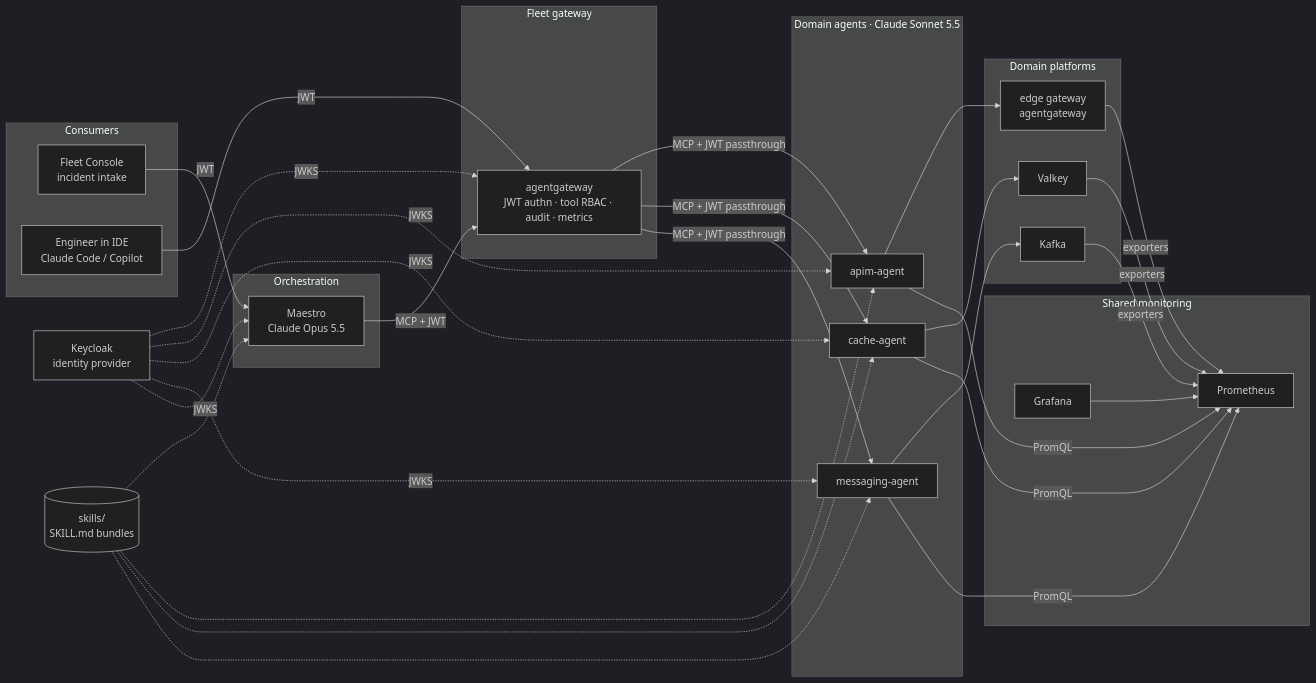
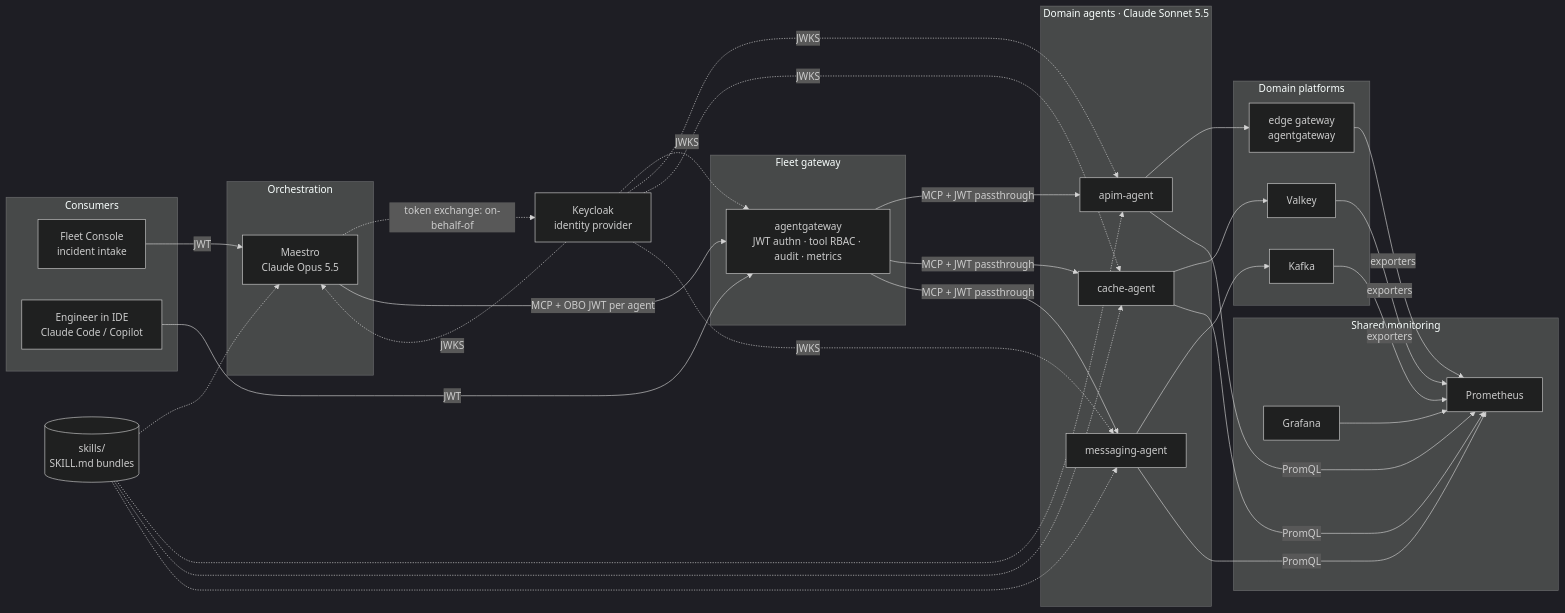
The diagram in docs/architecture.md (paimonsoror/agent-of-agents-lab), drawn with Mermaid (dark theme) before and after one commit. The commit also changed other lines of this file and 41 other files, not shown here.

````diff
--- a/docs/architecture.md
+++ b/docs/architecture.md
@@ -21,43 +21,44 @@
 ```mermaid
 flowchart LR
   subgraph consumers [Consumers]
     FC[Fleet Console<br/>incident intake]
     IDE[Engineer in IDE<br/>Claude Code / Copilot]
   end
   subgraph orch [Orchestration]
     M[Maestro<br/>Claude Opus 5.5]
   end
   subgraph gw [Fleet gateway]
     AG[agentgateway<br/>JWT authn · tool RBAC · audit · metrics]
   end
   subgraph agents [Domain agents · Claude Sonnet 5.5]
     A1[apim-agent]
     A2[cache-agent]
     A3[messaging-agent]
   end
   subgraph plat [Domain platforms]
     P1[edge gateway<br/>agentgateway]
     P2[Valkey]
     P3[Kafka]
   end
   subgraph mon [Shared monitoring]
     PR[Prometheus]
     GR[Grafana]
   end
   KC[Keycloak<br/>identity provider]
   SK[(skills/<br/>SKILL.md bundles)]
 
   FC -->|JWT| M
   IDE -->|JWT| AG
-  M -->|MCP + JWT| AG
+  M -.->|token exchange: on-behalf-of| KC
+  M -->|MCP + OBO JWT per agent| AG
   AG -->|MCP + JWT passthrough| A1 & A2 & A3
   A1 --> P1
   A2 --> P2
   A3 --> P3
   A1 & A2 & A3 -->|PromQL| PR
   P1 & P2 & P3 -->|exporters| PR
   GR --> PR
   KC -.->|JWKS| AG
   KC -.->|JWKS| A1 & A2 & A3 & M
   SK -.-> M & A1 & A2 & A3
 ```
````
